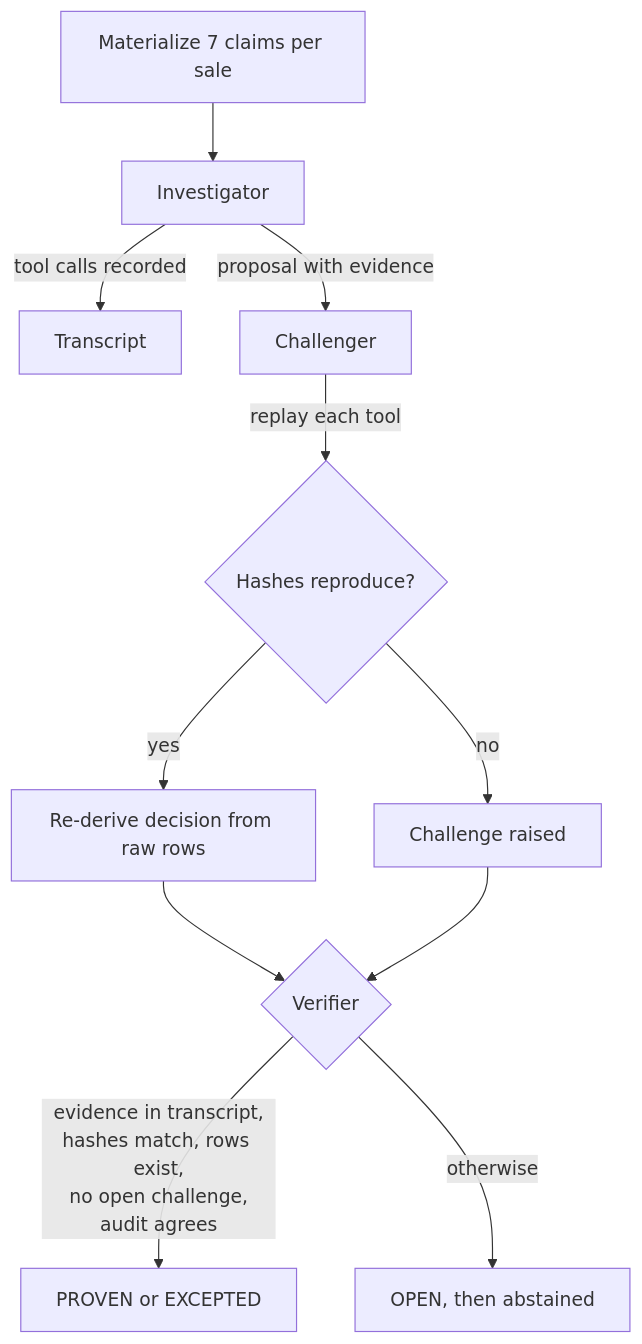
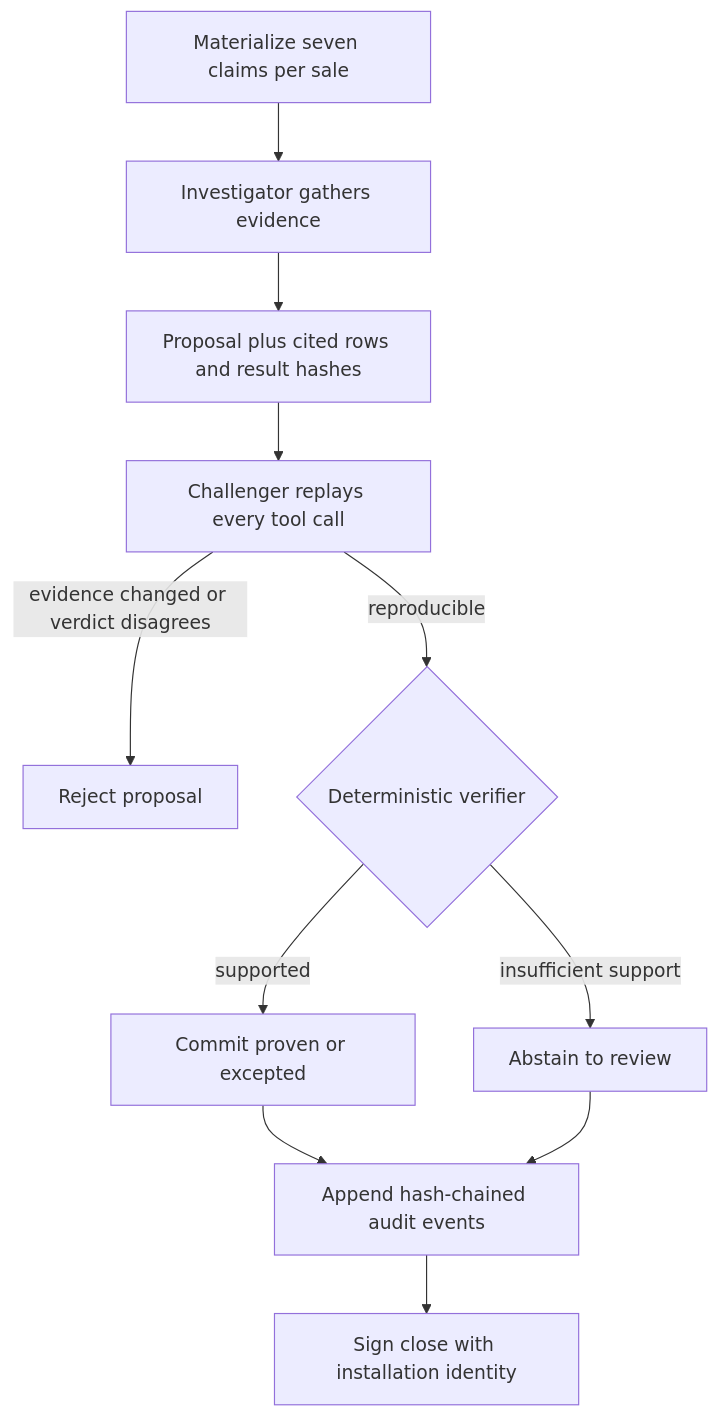
One commit to Afnanksalal/vera changed the third of 5 diagrams in docs/ARCHITECTURE.md. Above: the diagram before and after it, drawn with Mermaid. The commit also changed other lines of this file and 108 other files, not shown here.

````diff
--- a/docs/ARCHITECTURE.md
+++ b/docs/ARCHITECTURE.md
@@ -78,13 +108,13 @@
 ```mermaid
 flowchart TD
-  START[Materialize 7 claims per sale] --> INV[Investigator]
-  INV -->|tool calls recorded| TR[Transcript]
-  INV -->|proposal with evidence| CHAL[Challenger]
-  CHAL -->|replay each tool| CHK{Hashes reproduce?}
-  CHK -->|no| DIS[Challenge raised]
-  CHK -->|yes| AUD[Re-derive decision from raw rows]
-  AUD --> VER{Verifier}
-  DIS --> VER
-  VER -->|evidence in transcript,<br/>hashes match, rows exist,<br/>no open challenge,<br/>audit agrees| COMMIT[PROVEN or EXCEPTED]
-  VER -->|otherwise| ABSTAIN[OPEN, then abstained]
+  START[Materialize seven claims per sale] --> INV[Investigator gathers evidence]
+  INV --> PROP[Proposal plus cited rows and result hashes]
+  PROP --> CHAL[Challenger replays every tool call]
+  CHAL -->|evidence changed or verdict disagrees| REJECT[Reject proposal]
+  CHAL -->|reproducible| VER{Deterministic verifier}
+  VER -->|supported| COMMIT[Commit proven or excepted]
+  VER -->|insufficient support| ABSTAIN[Abstain to review]
+  COMMIT --> AUDIT[Append hash-chained audit events]
+  ABSTAIN --> AUDIT
+  AUDIT --> SIGN[Sign close with installation identity]
 ```
````
